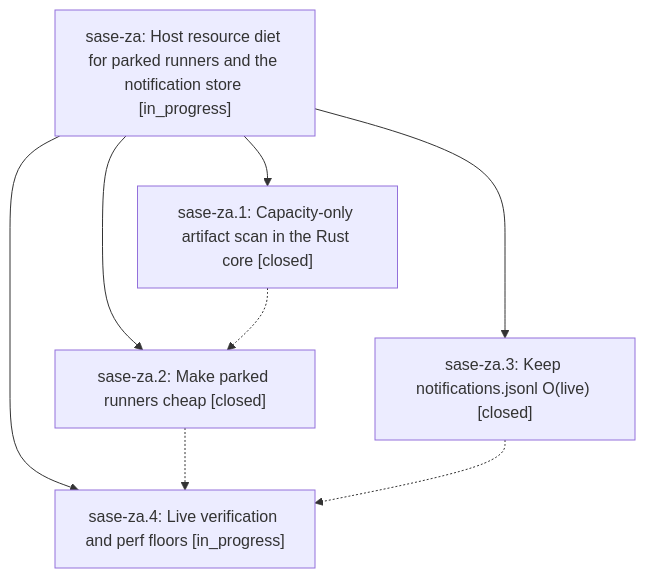
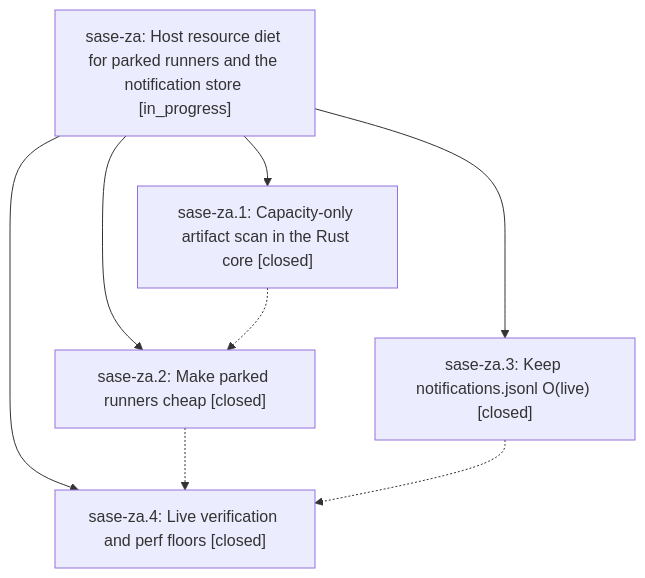
The diagram in pages/sase-za/README.md (sase-org/sase--beads), drawn with Mermaid before and after one commit. The commit also changed other lines of this file and 3 other files, not shown here.

````diff
--- a/pages/sase-za/README.md
+++ b/pages/sase-za/README.md
@@ -37,15 +51,15 @@
 ```mermaid
 flowchart TD
     n0["sase-za: Host resource diet for parked runners and the notification store [in_progress]"]
     n1["sase-za.1: Capacity-only artifact scan in the Rust core [closed]"]
     n2["sase-za.2: Make parked runners cheap [closed]"]
     n3["sase-za.3: Keep notifications.jsonl O(live) [closed]"]
-    n4["sase-za.4: Live verification and perf floors [in_progress]"]
+    n4["sase-za.4: Live verification and perf floors [closed]"]
     n0 --> n1
     n0 --> n2
     n0 --> n3
     n0 --> n4
     n1 -.-> n2
     n2 -.-> n4
     n3 -.-> n4
 ```
````
